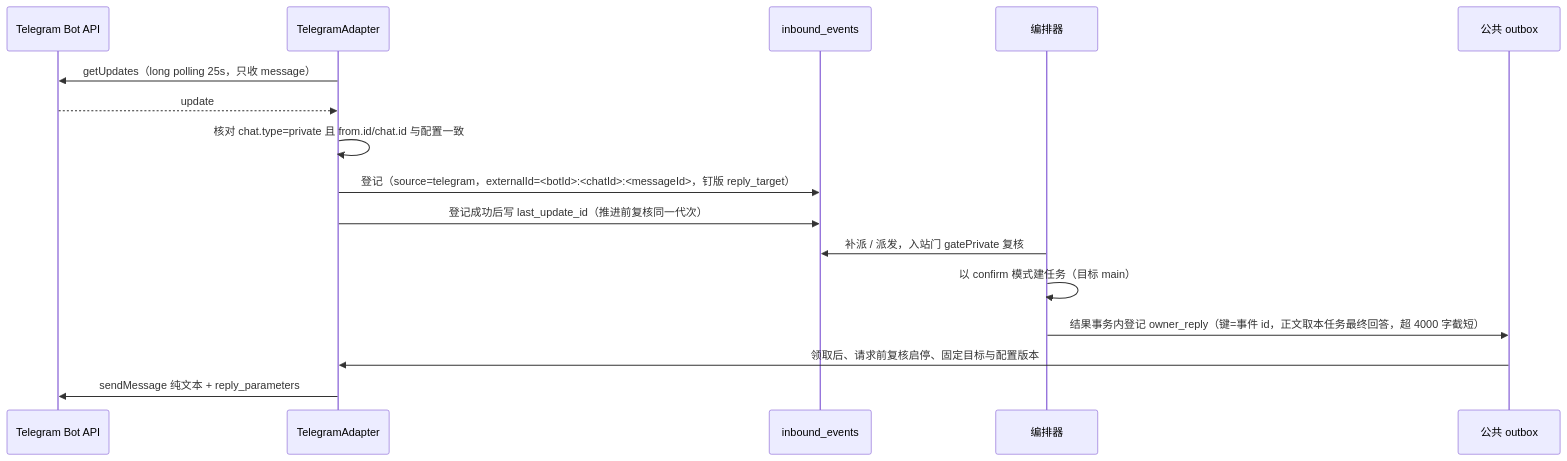
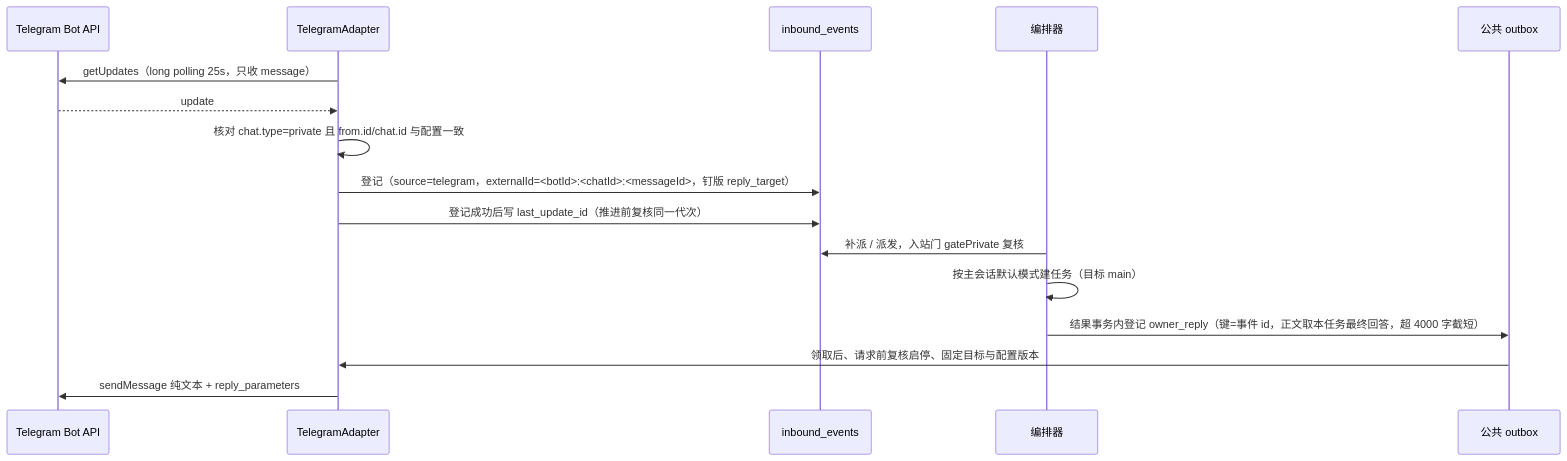
The third of 6 diagrams in docs/modules/channels.md (num-lab/Ruukoto), drawn with Mermaid before and after one commit. The commit also changed other lines of this file and 193 other files, not shown here.

````diff
--- a/docs/modules/channels.md
+++ b/docs/modules/channels.md
@@ -140,18 +140,18 @@
 ```mermaid
 sequenceDiagram
     participant TG as Telegram Bot API
     participant A as TelegramAdapter
     participant S as inbound_events
     participant O as 编排器
     participant B as 公共 outbox
     A->>TG: getUpdates（long polling 25s，只收 message）
     TG-->>A: update
     A->>A: 核对 chat.type=private 且 from.id/chat.id 与配置一致
     A->>S: 登记（source=telegram，externalId=<botId>:<chatId>:<messageId>，钉版 reply_target）
     A->>S: 登记成功后写 last_update_id（推进前复核同一代次）
     O->>S: 补派 / 派发，入站门 gatePrivate 复核
-    O->>O: 以 confirm 模式建任务（目标 main）
+    O->>O: 按主会话默认模式建任务（目标 main）
     O->>B: 结果事务内登记 owner_reply（键=事件 id，正文取本任务最终回答，超 4000 字截短）
     B->>A: 领取后、请求前复核启停、固定目标与配置版本
     A->>TG: sendMessage 纯文本 + reply_parameters
 ```
````
